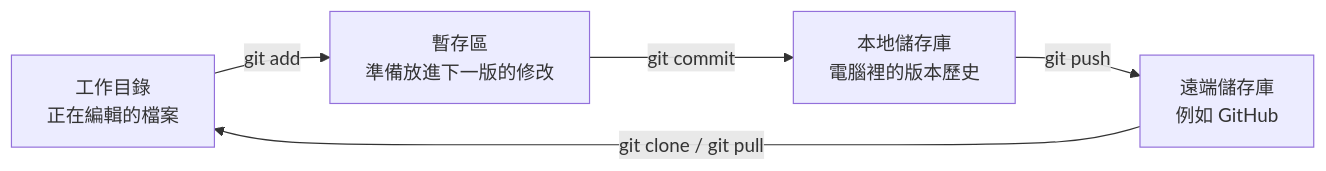
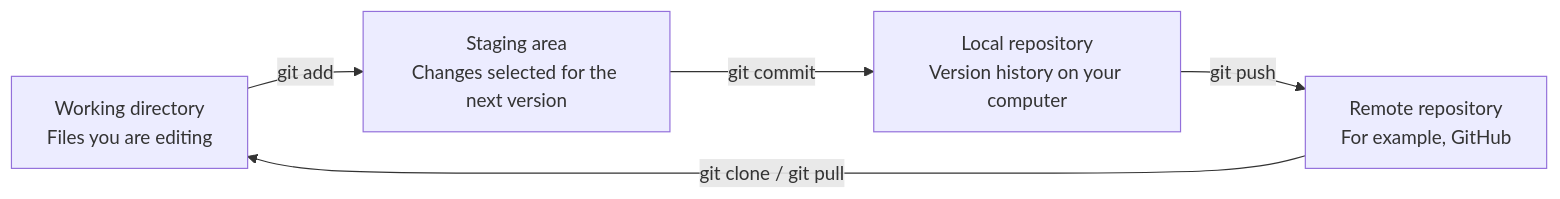
One commit to uuboyscy/uuboyscy-engineering-logs changed the diagram in docs/Git/Git Commands/01_Version_Control_and_Git_Setup.md. Above: the diagram before and after it, drawn with Mermaid. The commit also changed other lines of this file and 16 other files, not shown here.

````diff
--- a/docs/Git/Git Commands/01_Version_Control_and_Git_Setup.md
+++ b/docs/Git/Git Commands/01_Version_Control_and_Git_Setup.md
@@ -50,7 +50,7 @@
 ```mermaid
 flowchart LR
-    A["工作目錄<br/>正在編輯的檔案"] -->|"git add"| B["暫存區<br/>準備放進下一版的修改"]
-    B -->|"git commit"| C["本地儲存庫<br/>電腦裡的版本歷史"]
-    C -->|"git push"| D["遠端儲存庫<br/>例如 GitHub"]
+    A["Working directory<br/>Files you are editing"] -->|"git add"| B["Staging area<br/>Changes selected for the next version"]
+    B -->|"git commit"| C["Local repository<br/>Version history on your computer"]
+    C -->|"git push"| D["Remote repository<br/>For example, GitHub"]
     D -->|"git clone / git pull"| A
 ```
````
